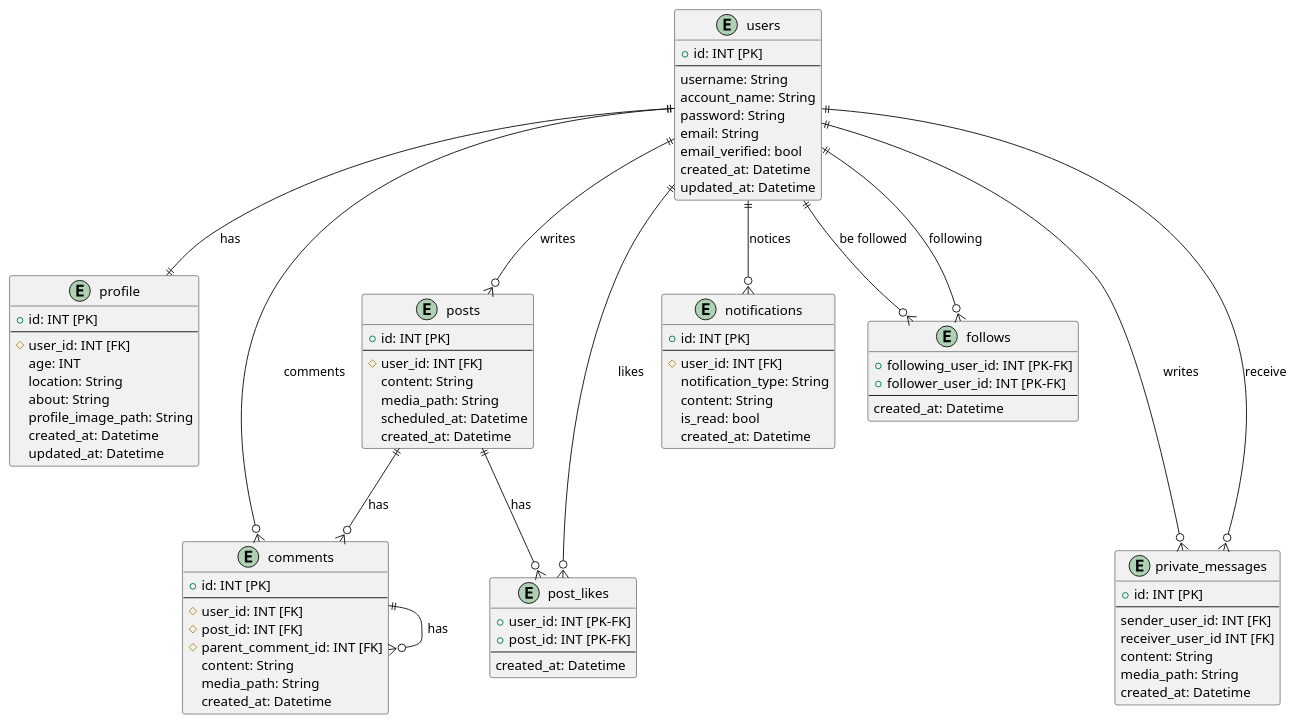
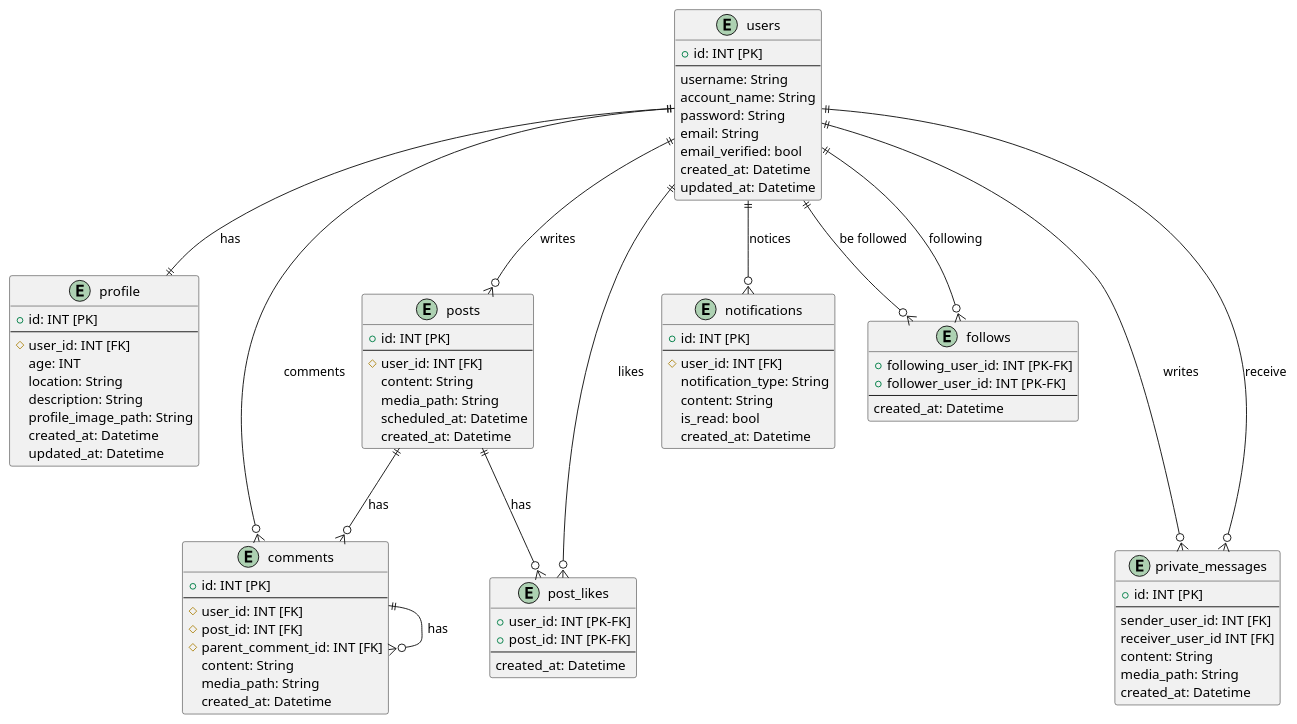
One commit to AkinoJoey/SocialNetworkingService changed the diagram in diagrams/er/er.pu. Above: the diagram before and after it, drawn with PlantUML.

Commit message:
profileを変更

```diff
--- a/diagrams/er/er.pu
+++ b/diagrams/er/er.pu
@@ -1,96 +1,96 @@
 @startuml er
 
 Entity users{
     + id: INT [PK]
     --
     username: String
     account_name: String
     password: String
     email: String
     email_verified: bool
     created_at: Datetime
     updated_at: Datetime
 }
 
 Entity profile{
     + id: INT [PK]
     --
     # user_id: INT [FK]
     age: INT
     location: String
-    about: String
+    description: String
     profile_image_path: String
     created_at: Datetime
     updated_at: Datetime
 }
 
 Entity posts{
     + id: INT [PK]
     --
     # user_id: INT [FK]
     content: String
     media_path: String
     scheduled_at: Datetime
     created_at: Datetime
 }
 
 Entity comments{
     + id: INT [PK]
     --
     # user_id: INT [FK]
     # post_id: INT [FK]
     # parent_comment_id: INT [FK]
     content: String
     media_path: String
     created_at: Datetime
 }
 
 Entity post_likes{
     + user_id: INT [PK-FK]
     + post_id: INT [PK-FK]
     --
     created_at: Datetime
 }
 
 Entity notifications{
     + id: INT [PK]
     --
     # user_id: INT [FK]
     notification_type: String
     content: String
     is_read: bool
     created_at: Datetime
 }
 
 Entity follows{
     + following_user_id: INT [PK-FK]
     + follower_user_id: INT [PK-FK]
     --
     created_at: Datetime
 }
 
 Entity private_messages{
     + id: INT [PK]
     --
     sender_user_id: INT [FK]
     receiver_user_id INT [FK]
     content: String
     media_path: String
     created_at: Datetime
 }
 
 
 users ||--o{ posts: writes
 users ||--o{ comments: comments
 posts ||--o{ comments: has
 posts ||--o{ post_likes: has
 comments ||--o{ comments: has
 users ||--o{ follows: following
 users ||--o{ follows: be followed
 users ||---o{ private_messages: writes
 users ||---o{ private_messages: receive
 users ||--o{ notifications: notices
 users ||--o{ post_likes: likes
 users ||--|| profile: has
 
 @enduml
```
